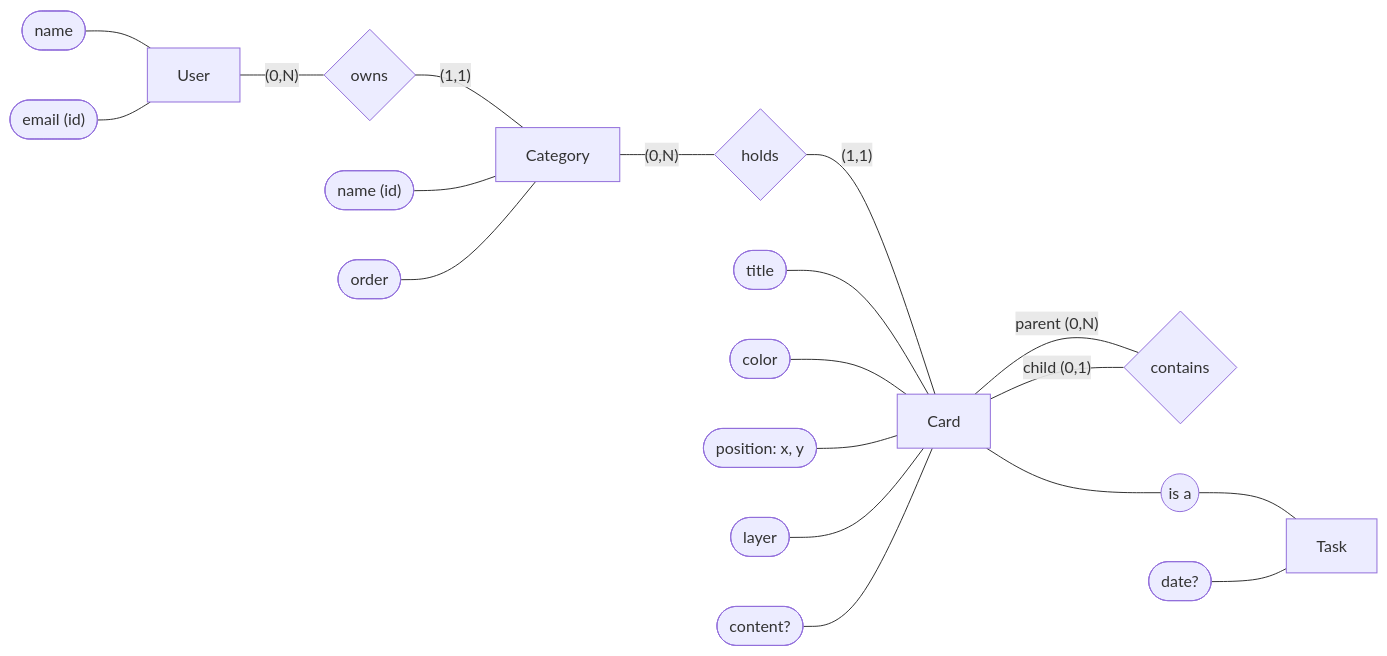
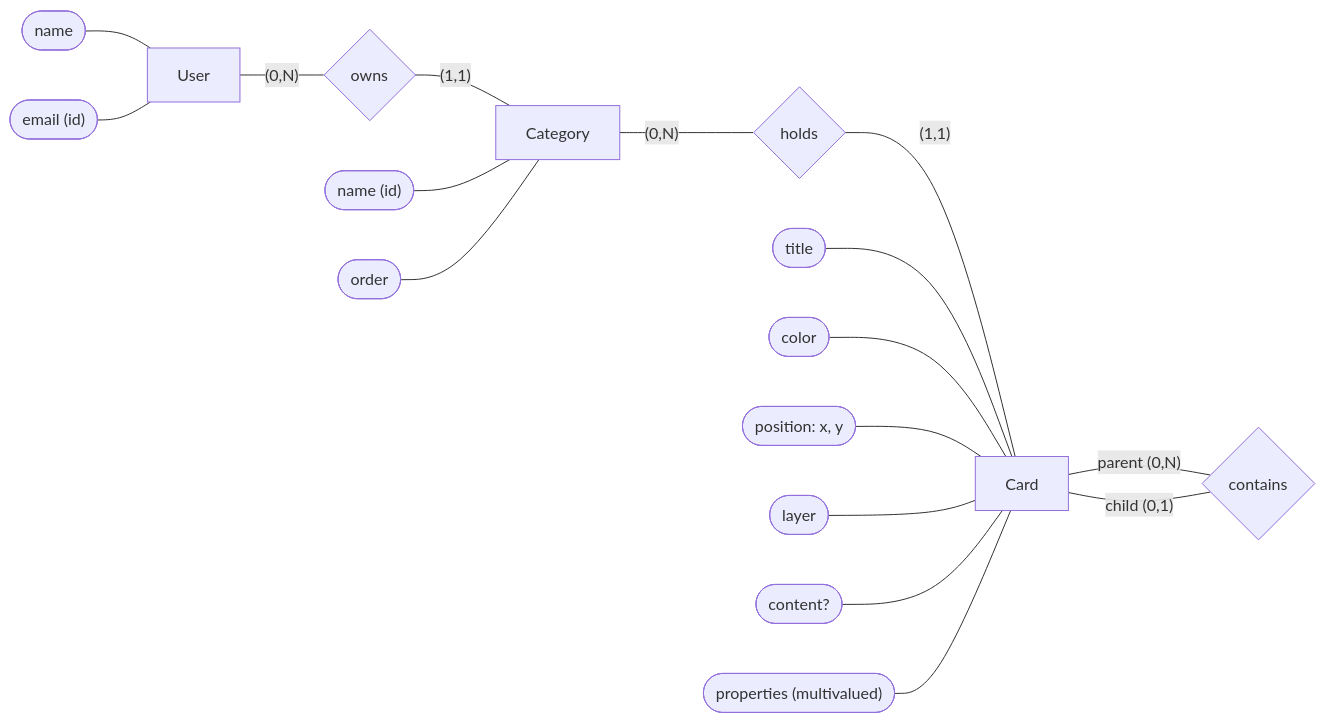
Before and after one commit to briel0/planner: the diagram in docs/data-modeling/02-conceptual-model.md, drawn with Mermaid. The commit also changed other lines of this file and 3 other files, not shown here.

````diff
--- a/docs/data-modeling/02-conceptual-model.md
+++ b/docs/data-modeling/02-conceptual-model.md
@@ -39,29 +41,26 @@
 ```mermaid
 flowchart LR
     U[User]
     C[Category]
     K[Card]
-    T[Task]
 
     R1{owns}
     R2{holds}
     R3{contains}
-    E(("is a"))
 
     U ---|"(0,N)"| R1 ---|"(1,1)"| C
     C ---|"(0,N)"| R2 ---|"(1,1)"| K
     K ---|"parent (0,N)"| R3
     R3 ---|"child (0,1)"| K
-    K --- E --- T
 
     u1(["name"]) --- U
     u2(["email (id)"]) --- U
     c1(["name (id)"]) --- C
     c2(["order"]) --- C
     k1(["title"]) --- K
     k2(["color"]) --- K
     k3(["position: x, y"]) --- K
     k4(["layer"]) --- K
     k5(["content?"]) --- K
-    t1(["date?"]) --- T
+    k6(["properties (multivalued)"]) --- K
 ```
````
